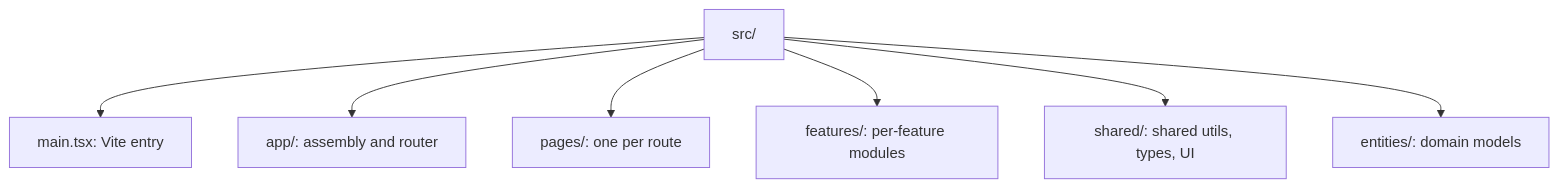
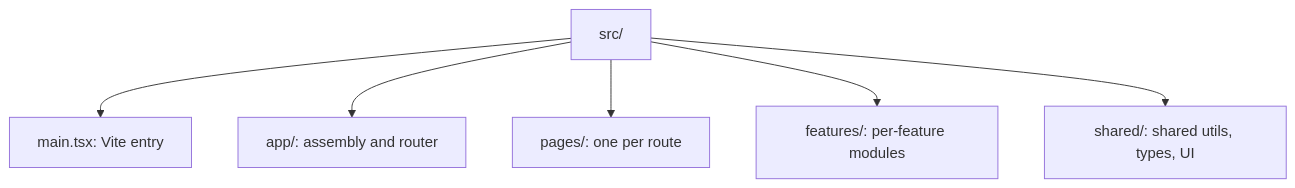
The second of 3 diagrams in AGENTS.md (kpubdata-lab/kpubdata-studio), drawn with Mermaid before and after one commit. The commit also changed other lines of this file and 9 other files, not shown here.

````diff
--- a/AGENTS.md
+++ b/AGENTS.md
@@ -246,9 +246,8 @@
 ```mermaid
 graph TD
     src[src/] --> main[main.tsx: Vite entry]
     src --> app[app/: assembly and router]
     src --> pages[pages/: one per route]
     src --> features[features/: per-feature modules]
     src --> shared[shared/: shared utils, types, UI]
-    src --> entities[entities/: domain models]
 ```
````
